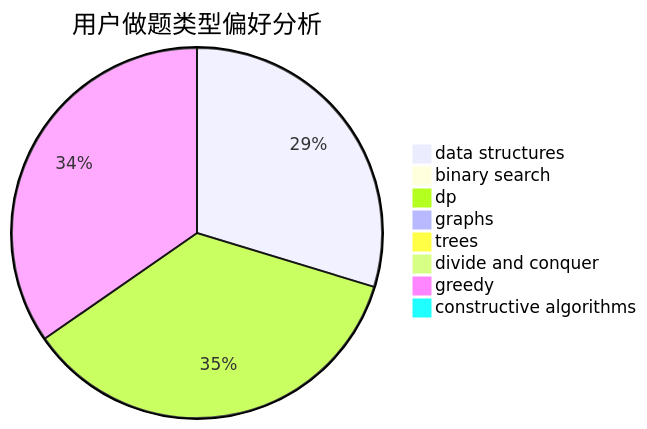
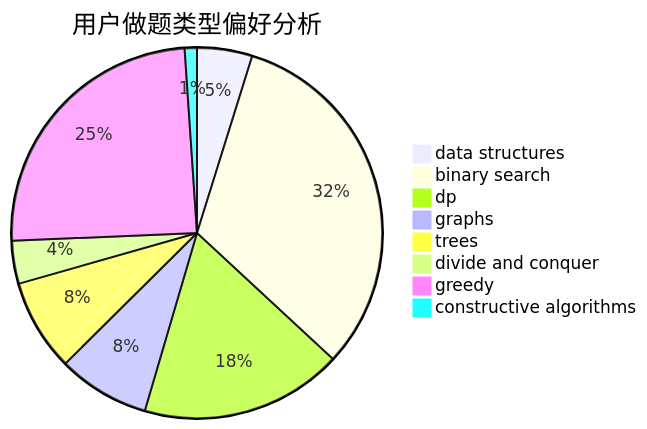
Before and after one commit to sherpahu/cfrs.github.io: the second of 3 diagrams in docs/user/u2252.md, drawn with Mermaid. The commit also changed other lines of this file and 2770 other files, not shown here.

````diff
--- a/docs/user/u2252.md
+++ b/docs/user/u2252.md
@@ -23,11 +23,11 @@
 ```mermaid
 pie title 用户做题类型偏好分析
-    "data structures" :  330
-    "binary search" :  0
-    "dp" :  396
-    "graphs" :  6
-    "trees" :  0
-    "divide and conquer" :  0
-    "greedy" :  385
+    "data structures" :  9
+    "binary search" :  60
+    "dp" :  33
+    "graphs" :  15
+    "trees" :  15
+    "divide and conquer" :  7
+    "greedy" :  46
     "constructive algorithms" :  2
 ```
````
